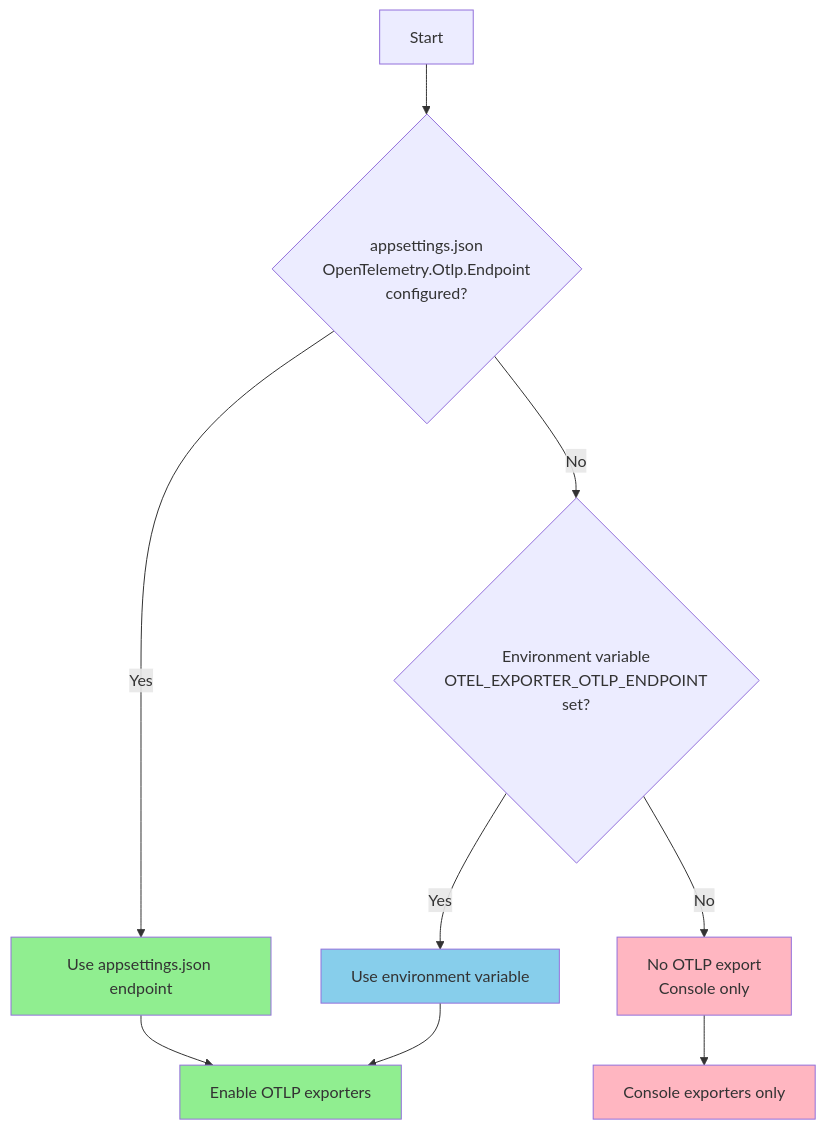
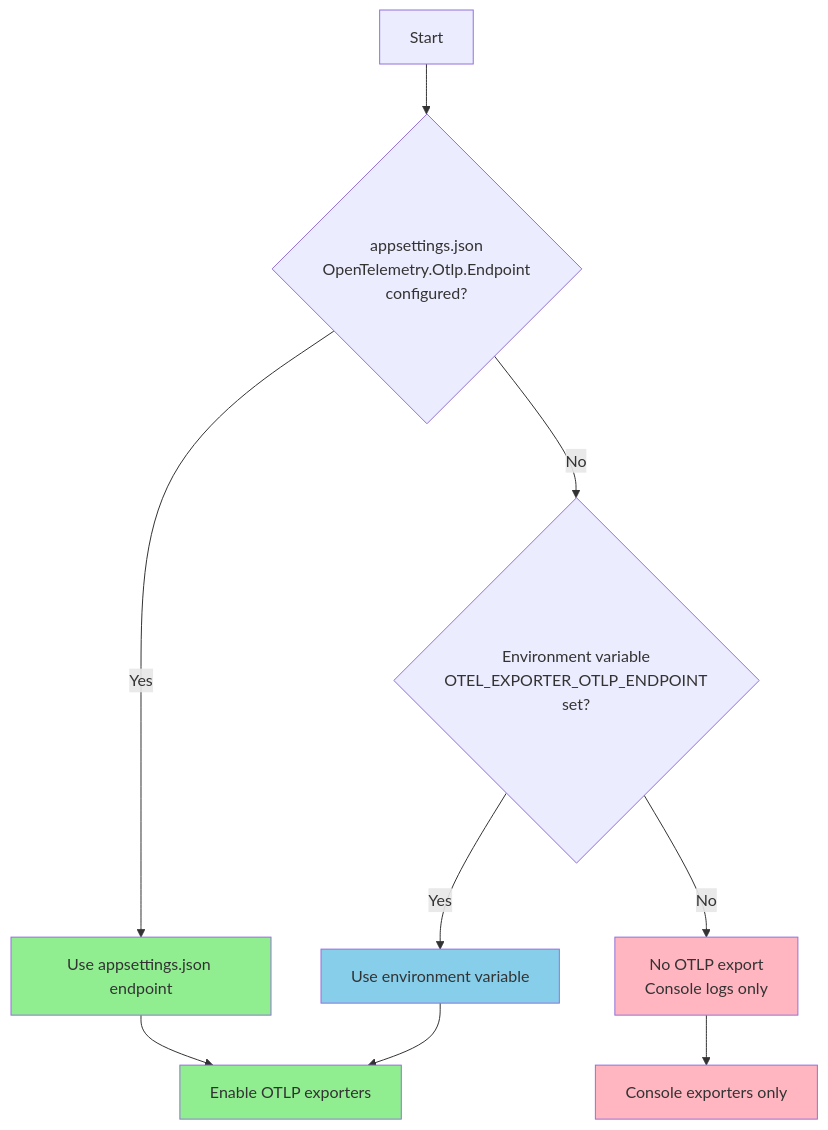
The second of 4 diagrams in hive.opentelemetry/README.md (cloud-tek/hive), drawn with Mermaid before and after one commit. The commit also changed other lines of this file and 3 other files, not shown here.

````diff
--- a/hive.opentelemetry/README.md
+++ b/hive.opentelemetry/README.md
@@ -148,18 +147,18 @@
 ```mermaid
 flowchart TD
     A[Start] --> B{appsettings.json<br/>OpenTelemetry.Otlp.Endpoint<br/>configured?}
     B -->|Yes| C[Use appsettings.json endpoint]
     B -->|No| D{Environment variable<br/>OTEL_EXPORTER_OTLP_ENDPOINT<br/>set?}
     D -->|Yes| E[Use environment variable]
-    D -->|No| F[No OTLP export<br/>Console only]
+    D -->|No| F[No OTLP export<br/>Console logs only]
 
     C --> G[Enable OTLP exporters]
     E --> G
     F --> H[Console exporters only]
 
     style C fill:#90EE90
     style E fill:#87CEEB
     style F fill:#FFB6C1
     style G fill:#90EE90
     style H fill:#FFB6C1
 ```
````
